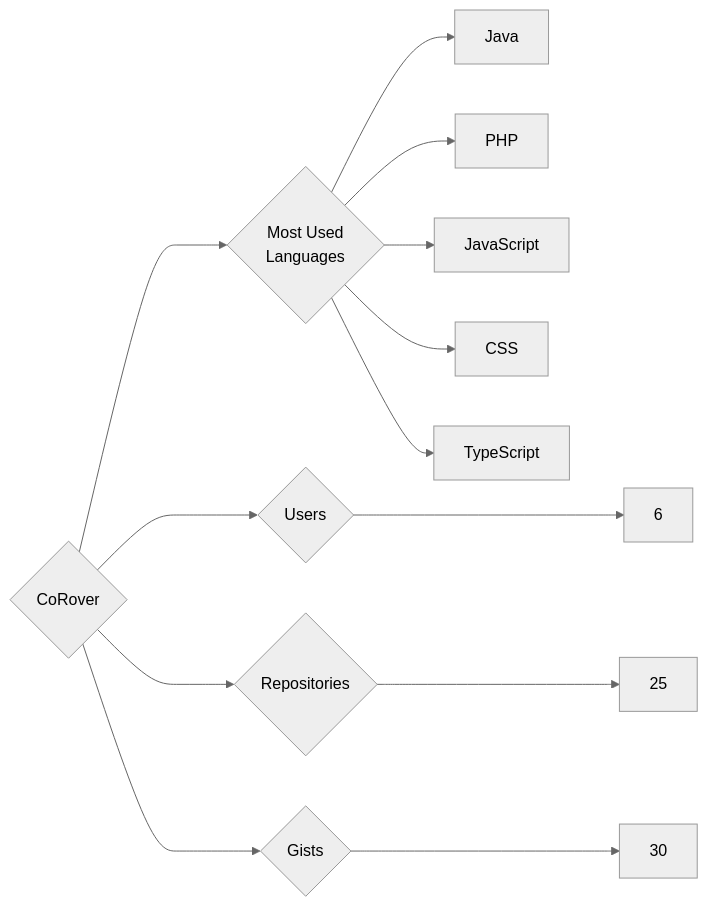
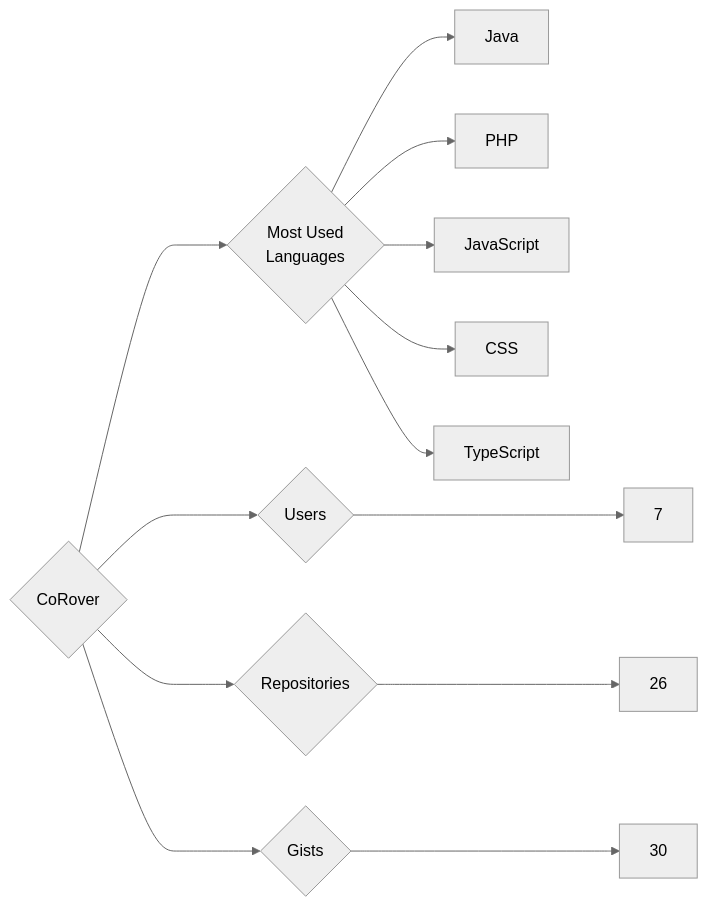
One commit to trickest/insiders changed the diagram in targets/CoRover/README.md. Above: the diagram before and after it, drawn with Mermaid (neutral theme). The commit also changed 997 other files, not shown here.

````diff
--- a/targets/CoRover/README.md
+++ b/targets/CoRover/README.md
@@ -3,13 +3,13 @@
 ```mermaid
 graph LR
 COMPANY_NAME{CoRover}
-COMPANY_NAME ---> U{Users} ---> UN[6]
-COMPANY_NAME ---> R{Repositories} ---> RN[25]
+COMPANY_NAME ---> U{Users} ---> UN[7]
+COMPANY_NAME ---> R{Repositories} ---> RN[26]
 COMPANY_NAME ---> G{Gists} ---> GN[30]
 COMPANY_NAME ---> ML{Most Used<br>Languages}
 ML --> Java[Java]
 ML --> PHP[PHP]
 ML --> JavaScript[JavaScript]
 ML --> CSS[CSS]
 ML --> TypeScript[TypeScript]
 ```
````
